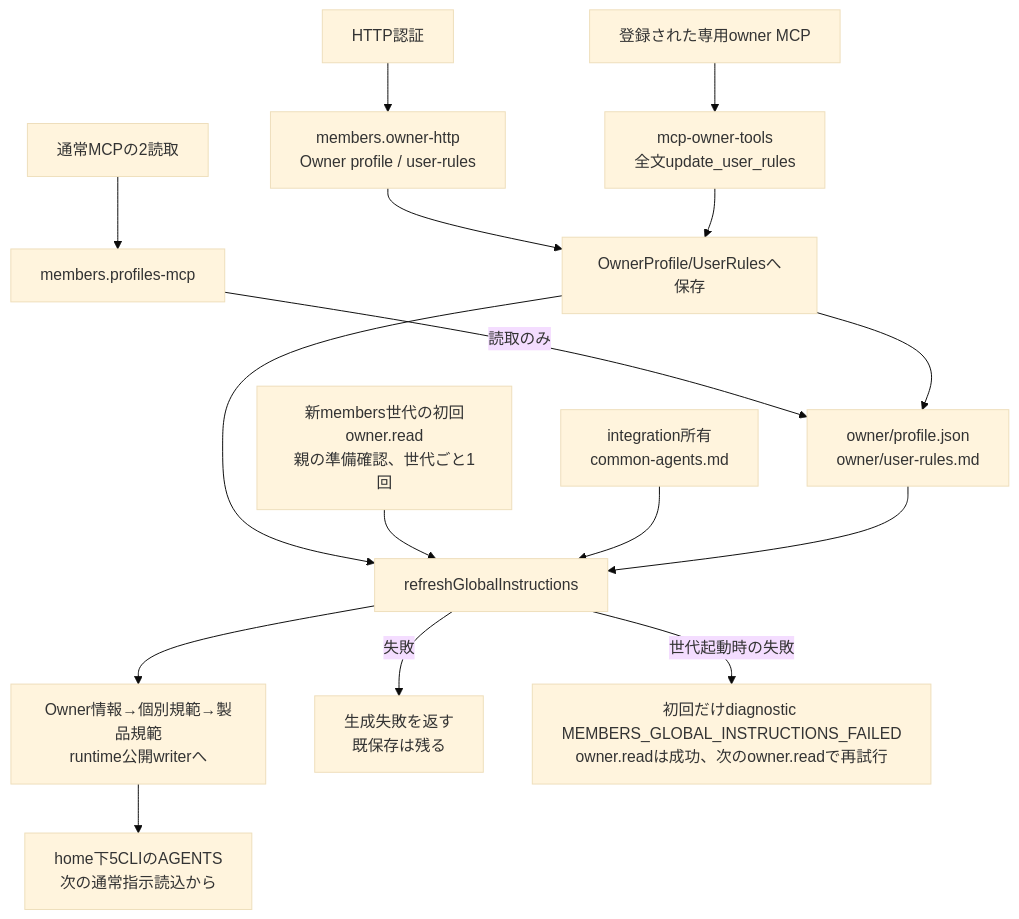
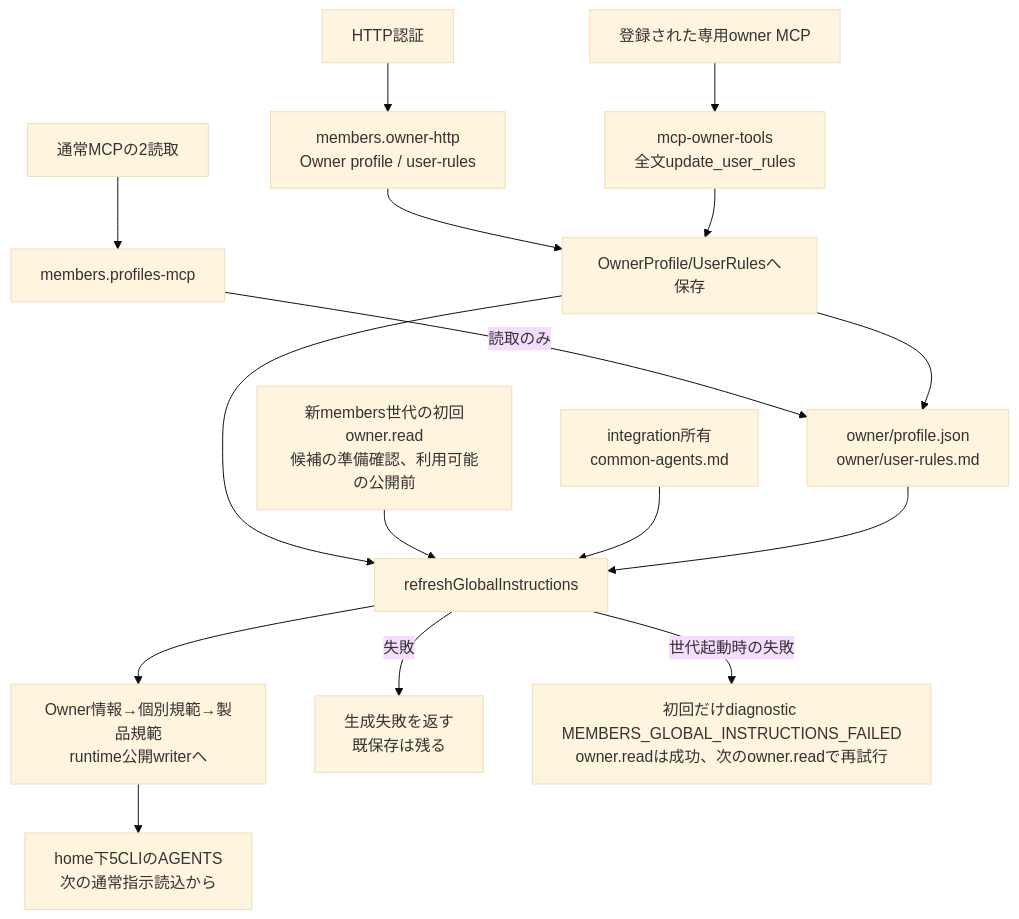
The first of 3 diagrams in docs/architecture/modules/members/instructions.md (kitepon/BellTeam), drawn with Mermaid (base theme) before and after one commit. The commit also changed other lines of this file and 1 other file, not shown here.

Commit message:
docs(members): clarify generation refresh probe and rollback order

````diff
--- a/docs/architecture/modules/members/instructions.md
+++ b/docs/architecture/modules/members/instructions.md
@@ -5,18 +5,18 @@
 ```mermaid
 flowchart TD
   Http["HTTP認証"] --> Owner["members.owner-http<br/>Owner profile / user-rules"]
   Read["通常MCPの2読取"] --> Member["members.profiles-mcp"]
   Dedicated["登録された専用owner MCP"] --> Rules["mcp-owner-tools<br/>全文update_user_rules"]
   Owner --> Save["OwnerProfile/UserRulesへ保存"]
   Rules --> Save
   Member -->|"読取のみ"| Data["owner/profile.json<br/>owner/user-rules.md"]
   Save --> Data
   Save --> Refresh["refreshGlobalInstructions"]
-  Generation["新members世代の初回owner.read<br/>親の準備確認、世代ごと1回"] --> Refresh
+  Generation["新members世代の初回owner.read<br/>候補の準備確認、利用可能の公開前"] --> Refresh
   Common["integration所有<br/>common-agents.md"] --> Refresh
   Data --> Refresh
   Refresh --> Write["Owner情報→個別規範→製品規範<br/>runtime公開writerへ"]
   Write --> Globals["home下5CLIのAGENTS<br/>次の通常指示読込から"]
   Refresh -->|"失敗"| Failure["生成失敗を返す<br/>既保存は残る"]
   Refresh -->|"世代起動時の失敗"| Diagnostic["初回だけdiagnostic MEMBERS_GLOBAL_INSTRUCTIONS_FAILED<br/>owner.readは成功、次のowner.readで再試行"]
 ```
````
